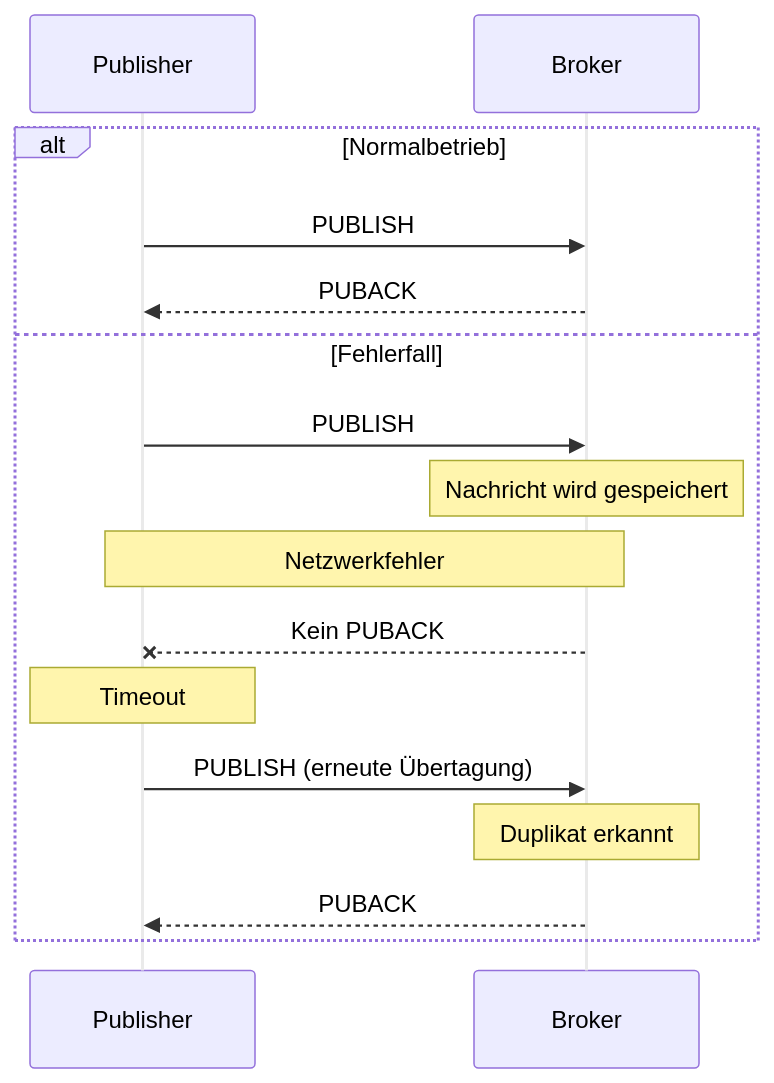
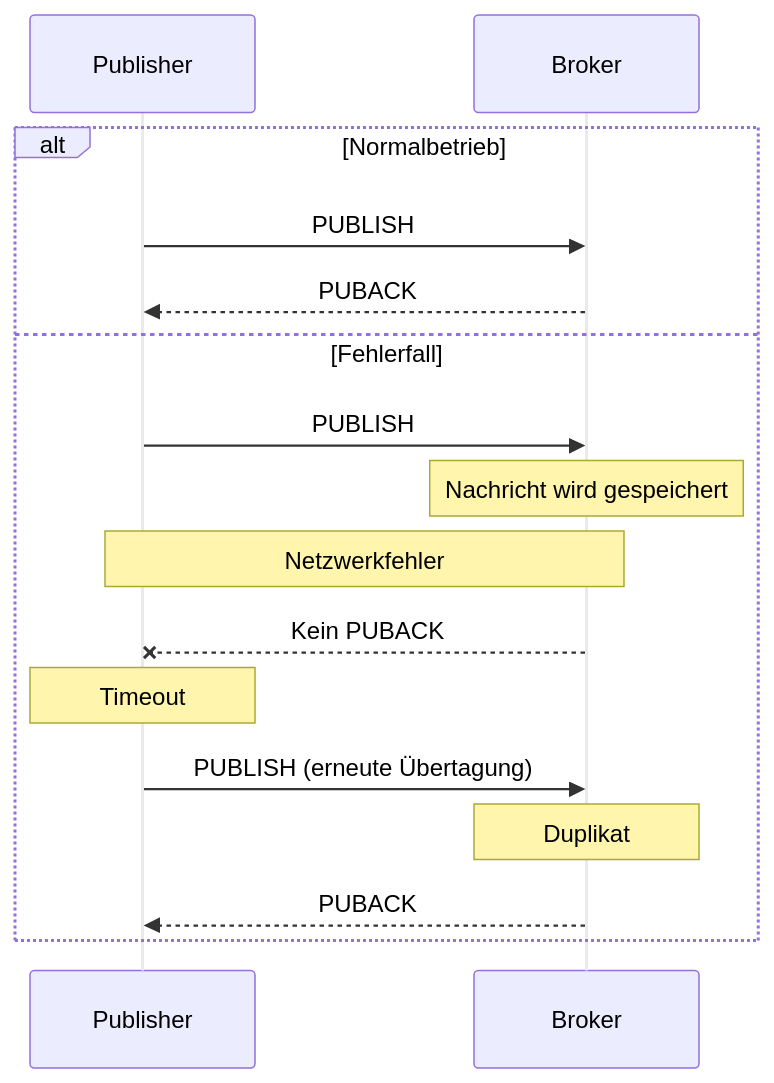
One commit to JadKHaddad/MT changed the diagram in mermaid/mqtt_qos_1.mmd. Above: the diagram before and after it, drawn with Mermaid. The commit also changed 19 other files, not shown here.

```diff
--- a/mermaid/mqtt_qos_1.mmd
+++ b/mermaid/mqtt_qos_1.mmd
@@ -1,18 +1,18 @@
 %%{init: { 'themeVariables': { 'actorLineColor': '#EAEAEA', 'signalTextColor': '#000000' } } }%%
 sequenceDiagram
     participant Client as Publisher
     participant Broker as Broker
 
     alt Normalbetrieb
         Client->>Broker: PUBLISH
         Broker-->>Client: PUBACK
     else Fehlerfall
         Client->>Broker: PUBLISH
         Note over Broker: Nachricht wird gespeichert
         Note over Client,Broker: Netzwerkfehler
         Broker--xClient: Kein PUBACK
         Note over Client: Timeout
         Client->>Broker: PUBLISH (erneute Übertagung)
-        Note over Broker: Duplikat erkannt
+        Note over Broker: Duplikat
         Broker-->>Client: PUBACK
     end
```
